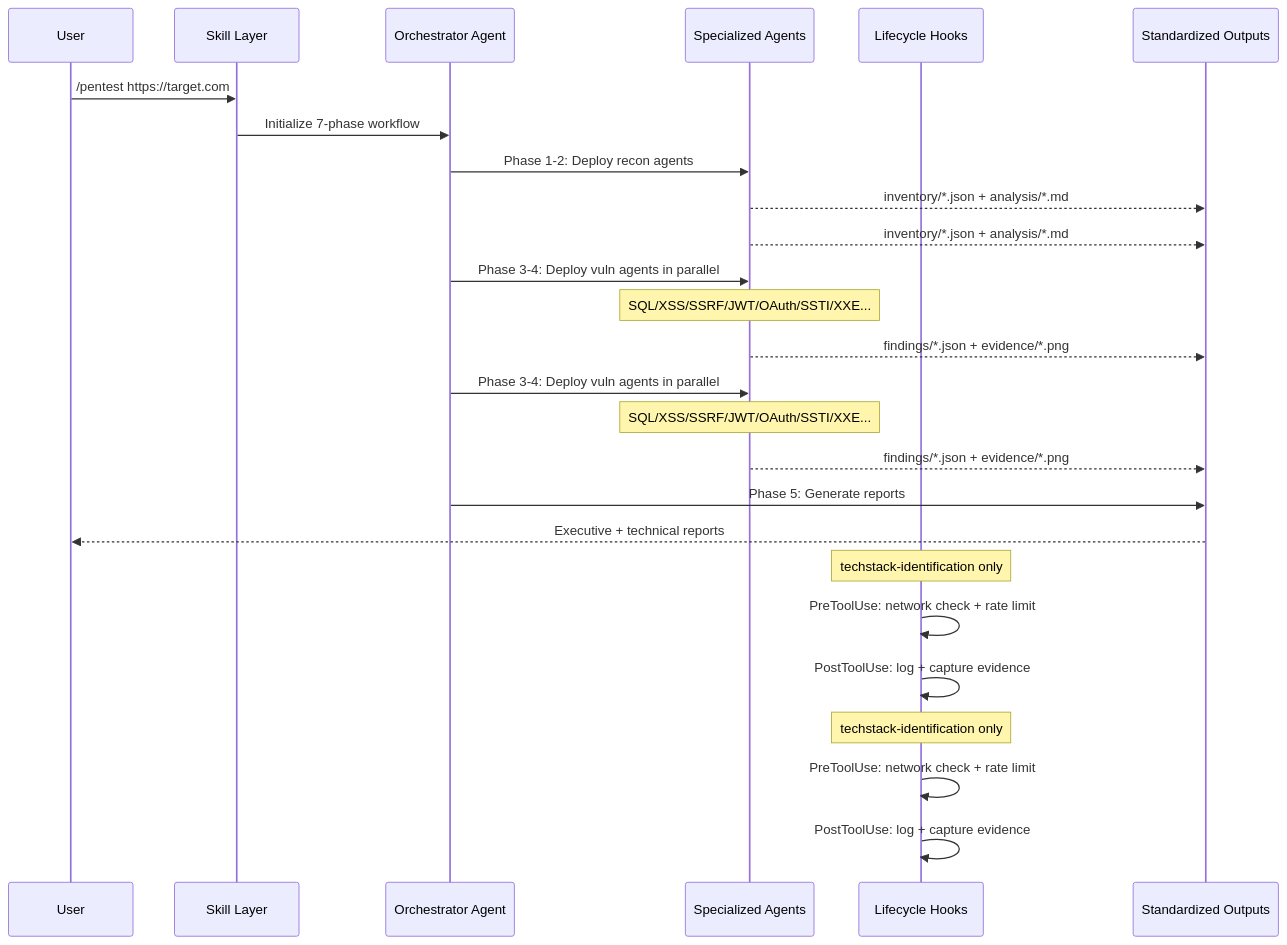
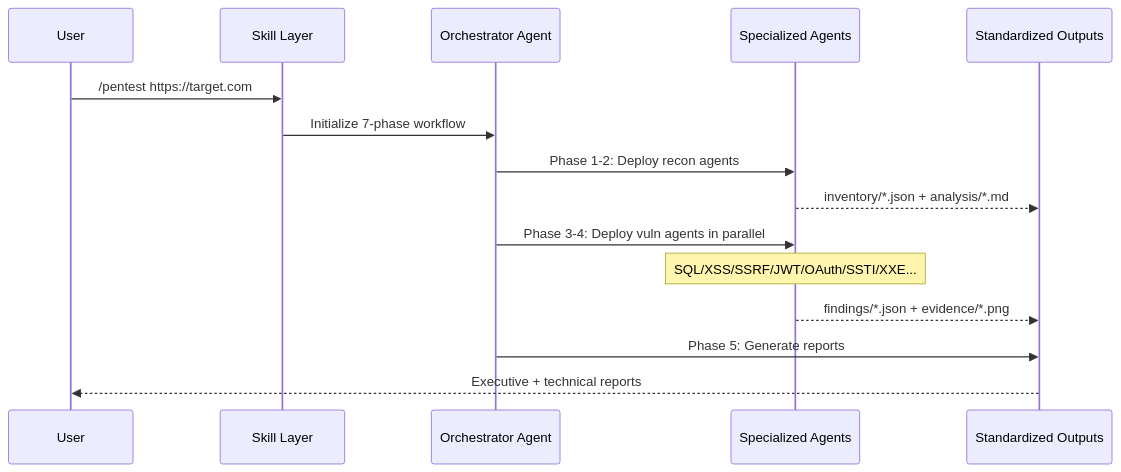
Before and after one commit to l0h1nth/communitytools: the diagram in README.md, drawn with Mermaid. The commit also changed other lines of this file and 472 other files, not shown here.

````diff
--- a/README.md
+++ b/README.md
@@ -357,36 +169,21 @@
 ```mermaid
 sequenceDiagram
     participant User
     participant Skill as Skill Layer
     participant Orch as Orchestrator Agent
-    participant Skill as Skill Layer
-    participant Orch as Orchestrator Agent
     participant Agents as Specialized Agents
-    participant Hooks as Lifecycle Hooks
-    participant Hooks as Lifecycle Hooks
     participant Output as Standardized Outputs
 
     User->>Skill: /pentest https://target.com
     Skill->>Orch: Initialize 7-phase workflow
 
     Orch->>Agents: Phase 1-2: Deploy recon agents
     Agents-->>Output: inventory/*.json + analysis/*.md
-    Agents-->>Output: inventory/*.json + analysis/*.md
 
-    Orch->>Agents: Phase 3-4: Deploy vuln agents in parallel
-    Note over Agents: SQL/XSS/SSRF/JWT/OAuth/SSTI/XXE...
-    Agents-->>Output: findings/*.json + evidence/*.png
     Orch->>Agents: Phase 3-4: Deploy vuln agents in parallel
     Note over Agents: SQL/XSS/SSRF/JWT/OAuth/SSTI/XXE...
     Agents-->>Output: findings/*.json + evidence/*.png
 
     Orch->>Output: Phase 5: Generate reports
     Output-->>User: Executive + technical reports
-
-    Note over Hooks: techstack-identification only
-    Hooks->>Hooks: PreToolUse: network check + rate limit
-    Hooks->>Hooks: PostToolUse: log + capture evidence
-    Note over Hooks: techstack-identification only
-    Hooks->>Hooks: PreToolUse: network check + rate limit
-    Hooks->>Hooks: PostToolUse: log + capture evidence
 ```
````
